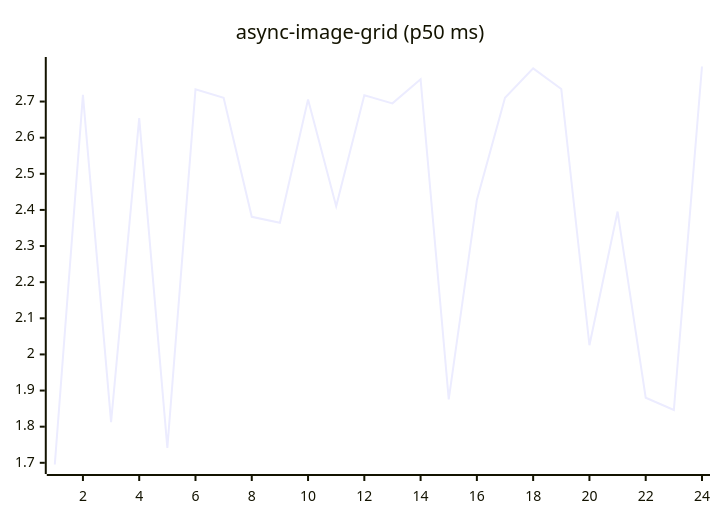
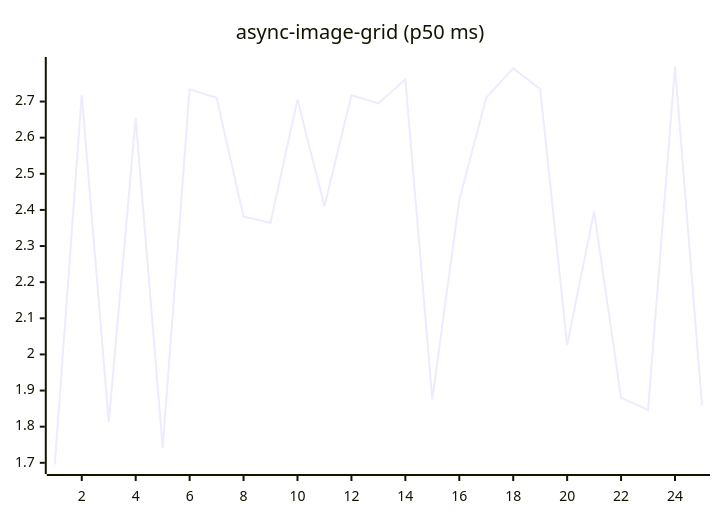
The fifth of 27 diagrams in README.md (josha/Facet), drawn with Mermaid before and after one commit. The commit also changed other lines of this file and 2 other files, not shown here.

````diff
--- a/README.md
+++ b/README.md
@@ -91,6 +91,6 @@
 ```mermaid
 xychart-beta
     title "async-image-grid (p50 ms)"
-    x-axis 1 --> 24
-    line [1.6953, 2.7184, 1.8124, 2.6543, 1.7415, 2.7336, 2.7103, 2.3810, 2.3646, 2.7059, 2.4103, 2.7175, 2.6949, 2.7614, 1.8756, 2.4277, 2.7103, 2.7919, 2.7346, 2.0254, 2.3955, 1.8801, 1.8461, 2.7970]
+    x-axis 1 --> 25
+    line [1.6953, 2.7184, 1.8124, 2.6543, 1.7415, 2.7336, 2.7103, 2.3810, 2.3646, 2.7059, 2.4103, 2.7175, 2.6949, 2.7614, 1.8756, 2.4277, 2.7103, 2.7919, 2.7346, 2.0254, 2.3955, 1.8801, 1.8461, 2.7970, 1.8583]
 ```
````
